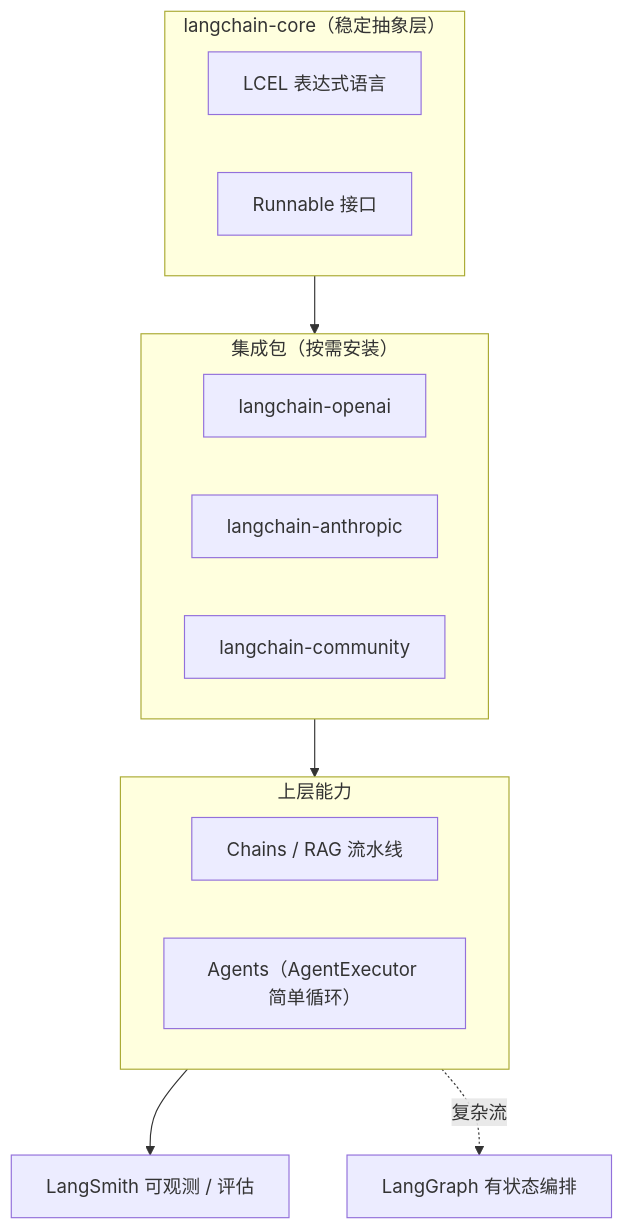
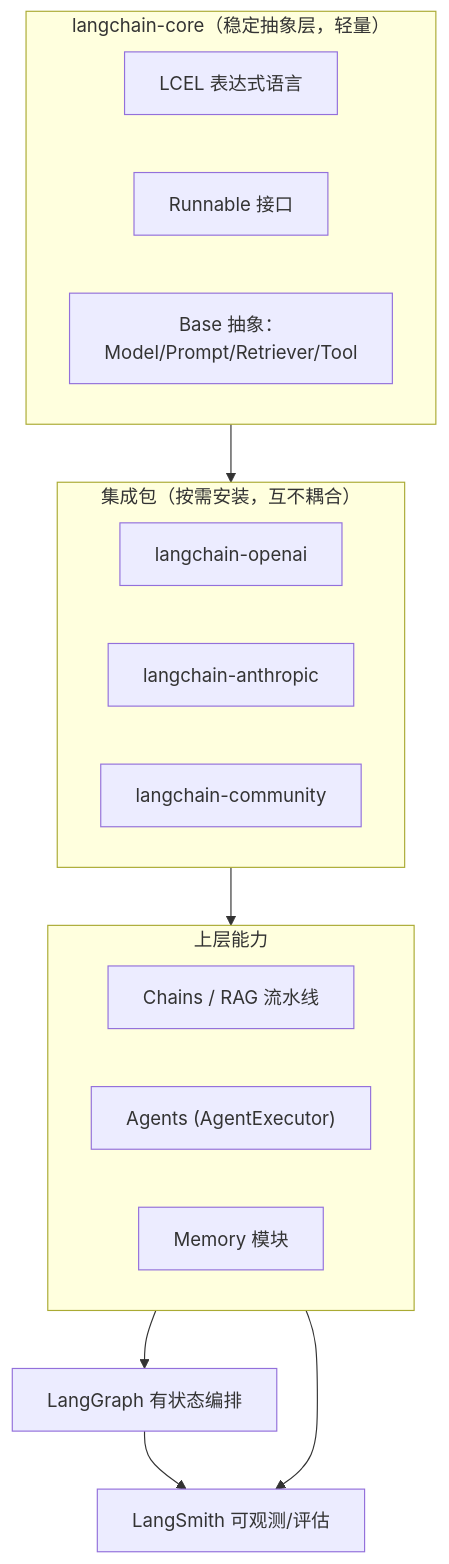
One commit to ethon2333-dotcom/Obsidian changed the first of 2 diagrams in 01-笔记/AI Agent 框架/LangChain 概览.md. Above: the diagram before and after it, drawn with Mermaid. The commit also changed other lines of this file and 107 other files, not shown here.

````diff
--- a/01-笔记/AI Agent 框架/LangChain 概览.md
+++ b/01-笔记/AI Agent 框架/LangChain 概览.md
@@ -30,22 +56,25 @@
 ```mermaid
 flowchart TB
-  subgraph Core["langchain-core（稳定抽象层）"]
+  subgraph Core["langchain-core（稳定抽象层，轻量）"]
     LCEL["LCEL 表达式语言"]
     Runnable["Runnable 接口"]
+    Abs["Base 抽象：Model/Prompt/Retriever/Tool"]
   end
-  subgraph Integ["集成包（按需安装）"]
+  subgraph Integ["集成包（按需安装，互不耦合）"]
     OAI["langchain-openai"]
     ANT["langchain-anthropic"]
     Comm["langchain-community"]
   end
   subgraph Upper["上层能力"]
     Chain["Chains / RAG 流水线"]
-    Agent["Agents（AgentExecutor 简单循环）"]
+    Agent["Agents (AgentExecutor)"]
+    Memory["Memory 模块"]
   end
-  LangSmith["LangSmith 可观测 / 评估"]
+  LangSmith["LangSmith 可观测/评估"]
   LangGraph["LangGraph 有状态编排"]
   Core --> Integ
   Integ --> Upper
   Upper --> LangSmith
-  Upper -.复杂流.-> LangGraph
+  Upper --> LangGraph
+  LangGraph --> LangSmith
 ```
````
